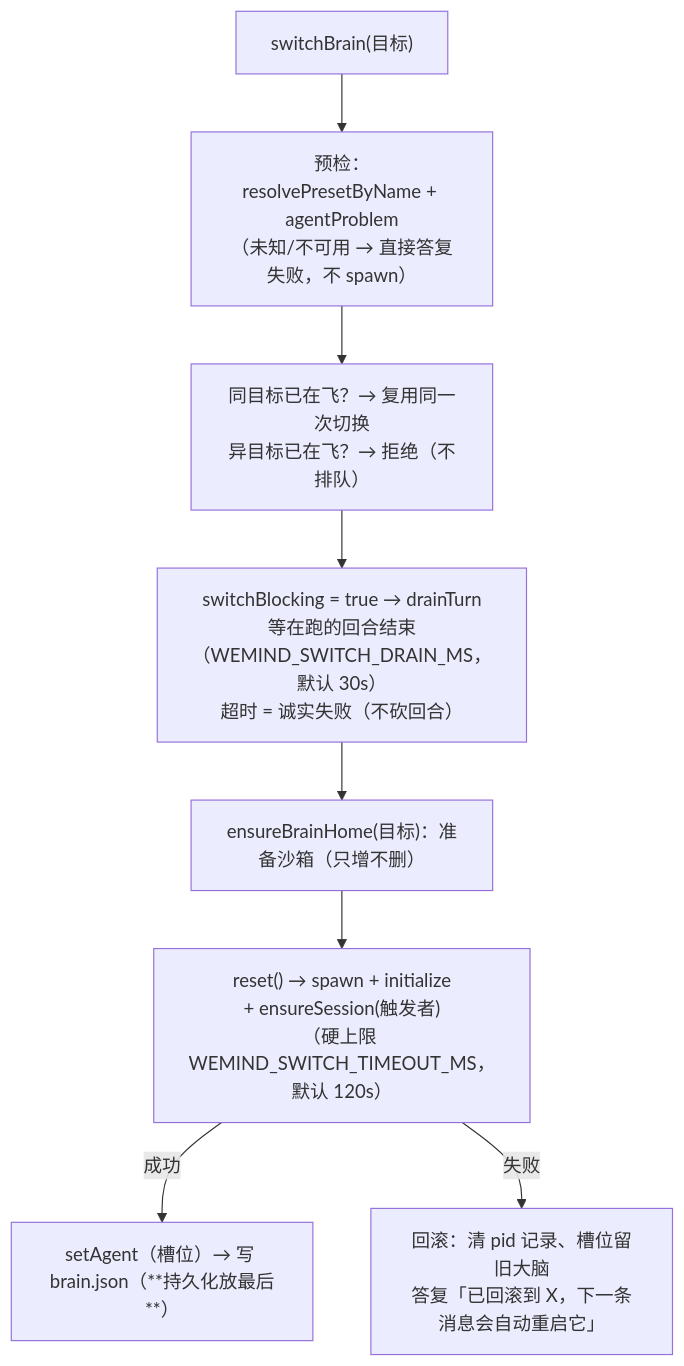
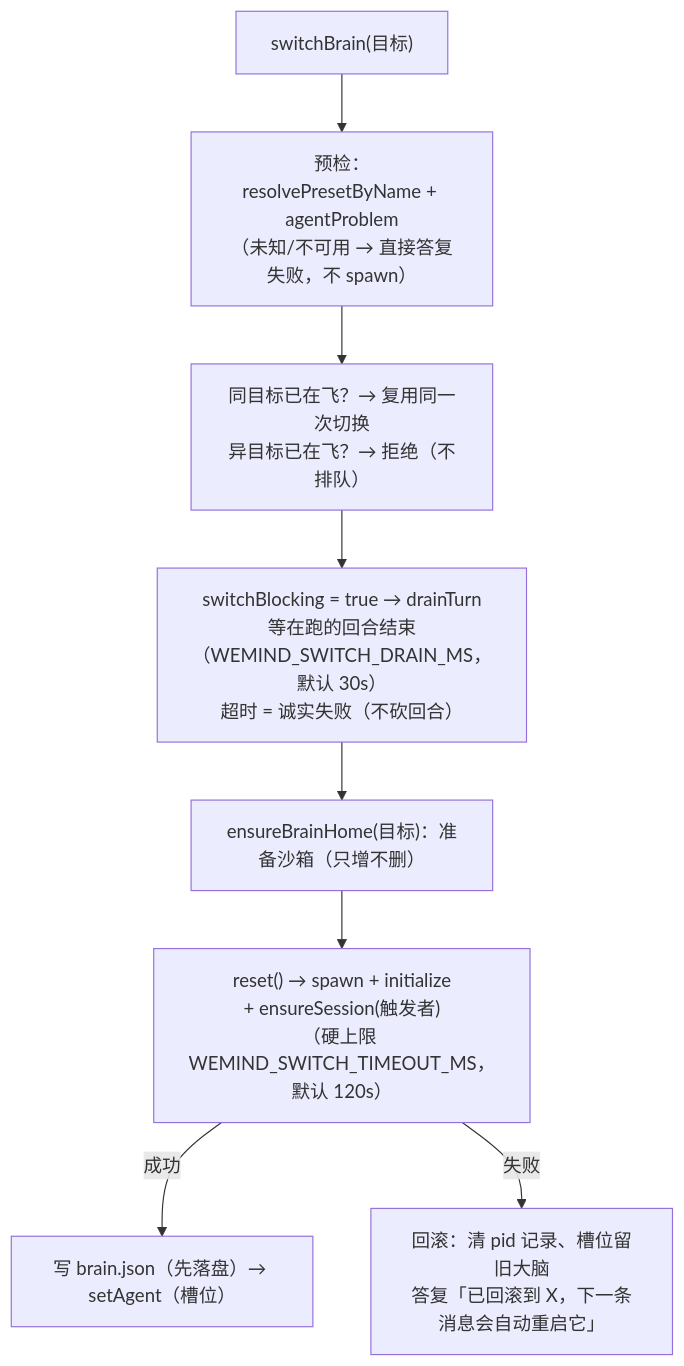
Before and after one commit to imwangpan/WeMind: the second of 2 diagrams in docs/repowiki/06-ACP-大脑与沙箱.md, drawn with Mermaid. The commit also changed other lines of this file and 3 other files, not shown here.

````diff
--- a/docs/repowiki/06-ACP-大脑与沙箱.md
+++ b/docs/repowiki/06-ACP-大脑与沙箱.md
@@ -84,10 +84,10 @@
 ```mermaid
 graph TD
     A["switchBrain(目标)"] --> B["预检：resolvePresetByName + agentProblem<br/>（未知/不可用 → 直接答复失败，不 spawn）"]
     B --> C["同目标已在飞？→ 复用同一次切换<br/>异目标已在飞？→ 拒绝（不排队）"]
     C --> D["switchBlocking = true → drainTurn<br/>等在跑的回合结束（WEMIND_SWITCH_DRAIN_MS，默认 30s）<br/>超时 = 诚实失败（不砍回合）"]
     D --> E["ensureBrainHome(目标)：准备沙箱（只增不删）"]
     E --> F["reset() → spawn + initialize<br/>+ ensureSession(触发者)<br/>（硬上限 WEMIND_SWITCH_TIMEOUT_MS，默认 120s）"]
-    F -->|成功| G["setAgent（槽位）→ 写 brain.json（**持久化放最后**）"]
+    F -->|成功| G["写 brain.json（先落盘）→ setAgent（槽位）"]
     F -->|失败| H["回滚：清 pid 记录、槽位留旧大脑<br/>答复「已回滚到 X，下一条消息会自动重启它」"]
 ```
````
